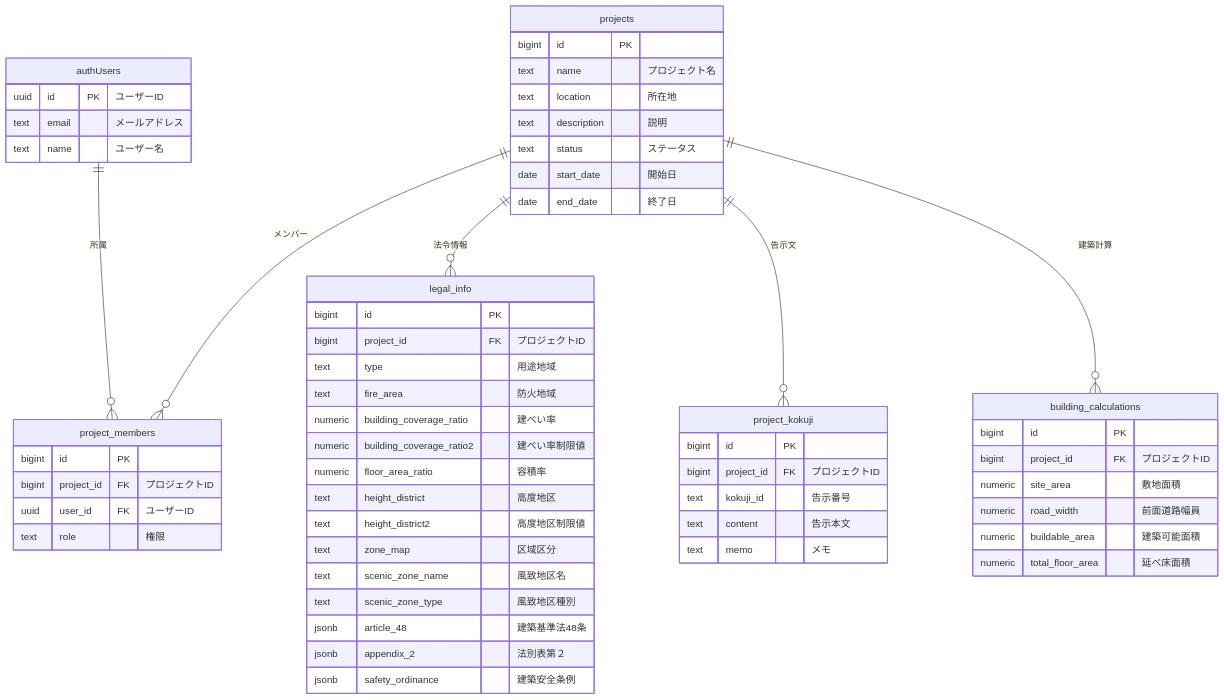
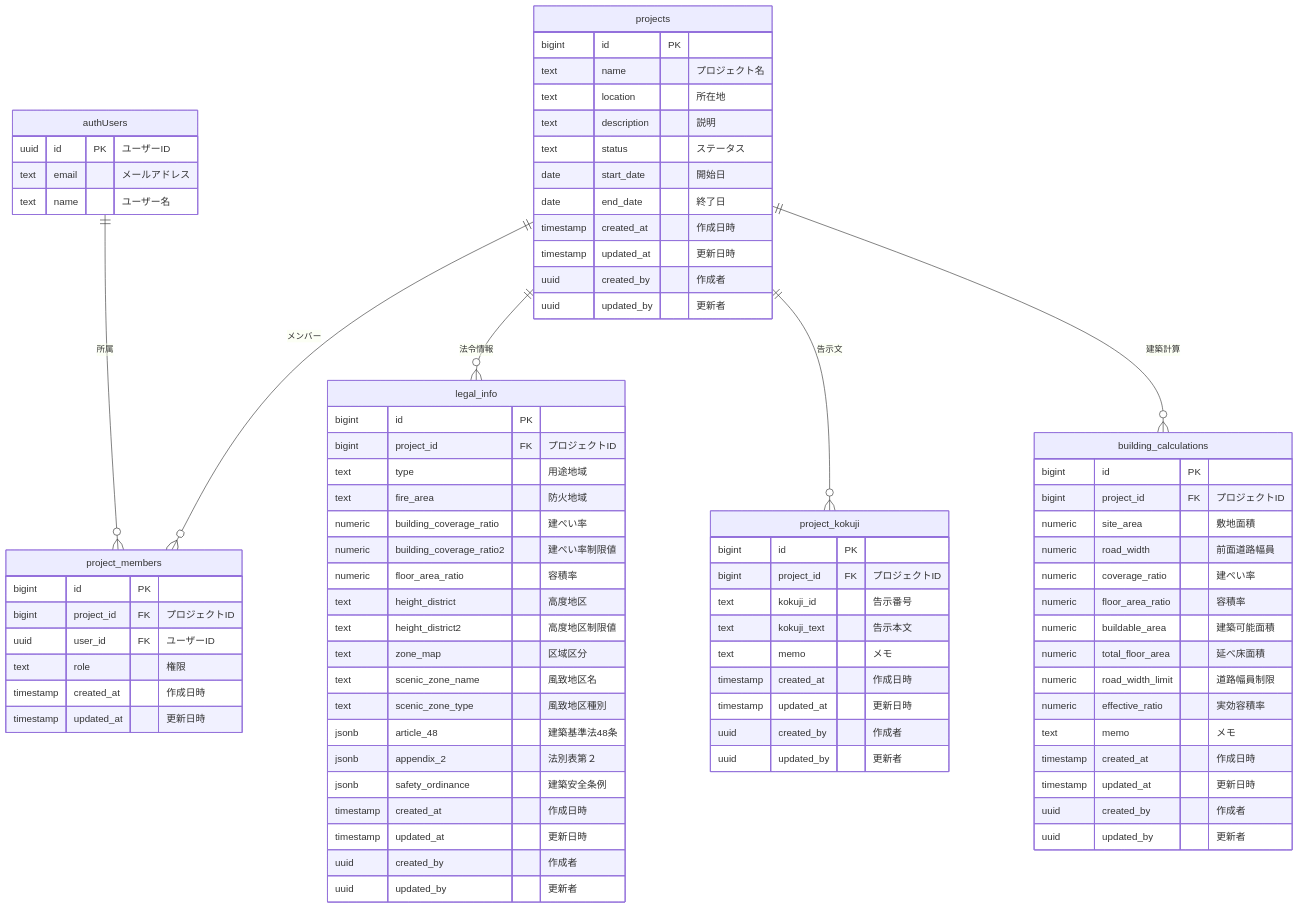
Before and after one commit to kamekamek/legal_api: the diagram in docs/database-schema.md, drawn with Mermaid. The commit also changed other lines of this file and 5 other files, not shown here.

```diff
--- a/docs/database-schema.md
+++ b/docs/database-schema.md
@@ -18,6 +18,10 @@
         text status "ステータス"
         date start_date "開始日"
         date end_date "終了日"
+        timestamp created_at "作成日時"
+        timestamp updated_at "更新日時"
+        uuid created_by "作成者"
+        uuid updated_by "更新者"
     }
 
     project_members {
@@ -25,6 +29,8 @@
         bigint project_id FK "プロジェクトID"
         uuid user_id FK "ユーザーID"
         text role "権限"
+        timestamp created_at "作成日時"
+        timestamp updated_at "更新日時"
     }
 
     legal_info {
@@ -43,14 +49,22 @@
         jsonb article_48 "建築基準法48条"
         jsonb appendix_2 "法別表第２"
         jsonb safety_ordinance "建築安全条例"
+        timestamp created_at "作成日時"
+        timestamp updated_at "更新日時"
+        uuid created_by "作成者"
+        uuid updated_by "更新者"
     }
 
     project_kokuji {
         bigint id PK
         bigint project_id FK "プロジェクトID"
         text kokuji_id "告示番号"
-        text content "告示本文"
+        text kokuji_text "告示本文"
         text memo "メモ"
+        timestamp created_at "作成日時"
+        timestamp updated_at "更新日時"
+        uuid created_by "作成者"
+        uuid updated_by "更新者"
     }
 
     building_calculations {
@@ -58,8 +72,17 @@
         bigint project_id FK "プロジェクトID"
         numeric site_area "敷地面積"
         numeric road_width "前面道路幅員"
+        numeric coverage_ratio "建ぺい率"
+        numeric floor_area_ratio "容積率"
         numeric buildable_area "建築可能面積"
         numeric total_floor_area "延べ床面積"
+        numeric road_width_limit "道路幅員制限"
+        numeric effective_ratio "実効容積率"
+        text memo "メモ"
+        timestamp created_at "作成日時"
+        timestamp updated_at "更新日時"
+        uuid created_by "作成者"
+        uuid updated_by "更新者"
     }
 
     authUsers {
```
